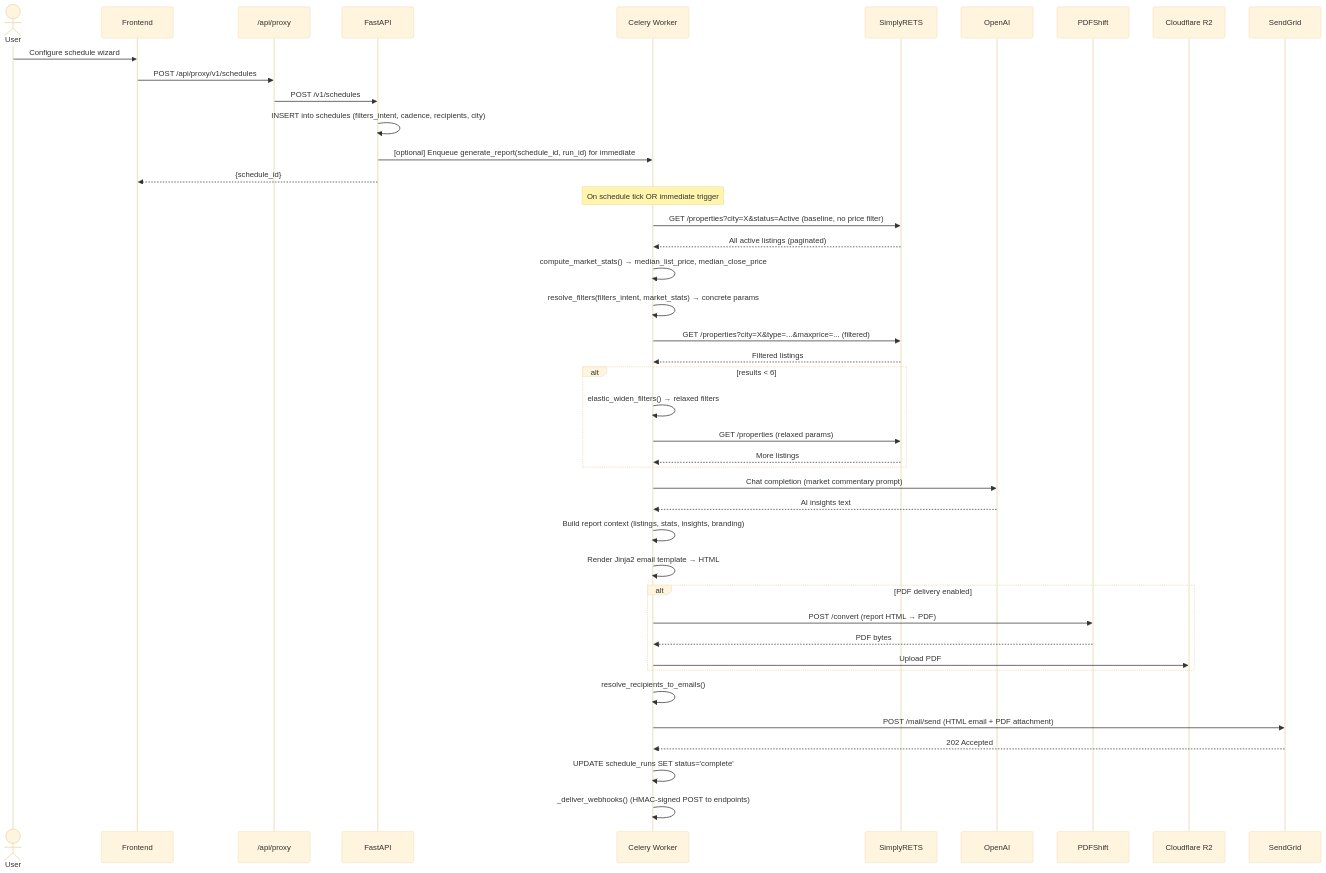
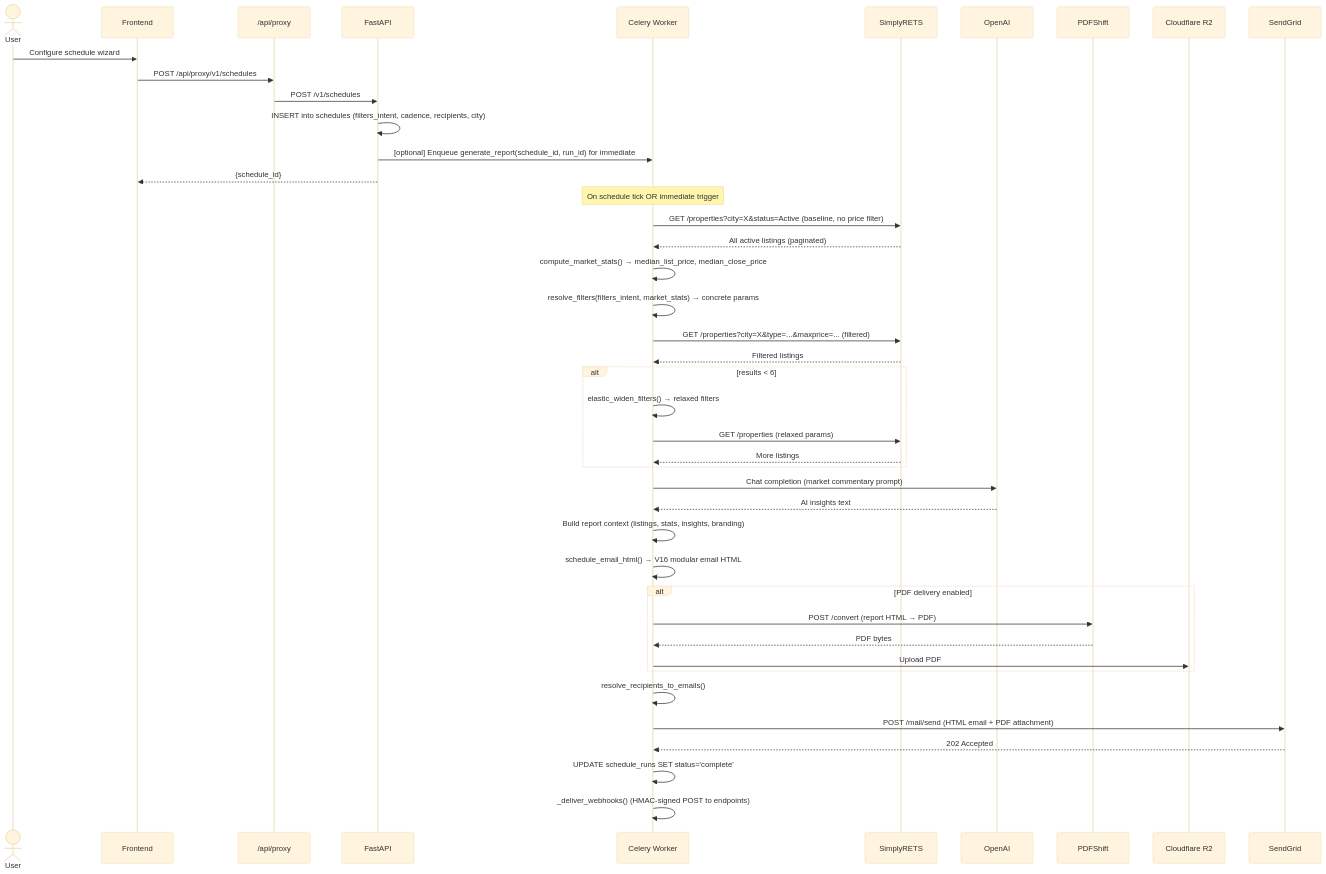
One commit to easydeed/reportscompany changed the second of 2 diagrams in docs/architecture/WIZARD_AND_API_CALLS.md. Above: the diagram before and after it, drawn with Mermaid (base theme). The commit also changed other lines of this file and 70 other files, not shown here.

````diff
--- a/docs/architecture/WIZARD_AND_API_CALLS.md
+++ b/docs/architecture/WIZARD_AND_API_CALLS.md
@@ -100,56 +125,56 @@
 ```mermaid
 sequenceDiagram
     actor User
     participant FE as Frontend
     participant Proxy as /api/proxy
     participant API as FastAPI
     participant Worker as Celery Worker
     participant SRETS as SimplyRETS
     participant OpenAI
     participant PDFShift
     participant R2 as Cloudflare R2
     participant SendGrid
 
     User->>FE: Configure schedule wizard
     FE->>Proxy: POST /api/proxy/v1/schedules
     Proxy->>API: POST /v1/schedules
     API->>API: INSERT into schedules (filters_intent, cadence, recipients, city)
     API->>Worker: [optional] Enqueue generate_report(schedule_id, run_id) for immediate
     API-->>FE: {schedule_id}
 
     Note over Worker: On schedule tick OR immediate trigger
 
     Worker->>SRETS: GET /properties?city=X&status=Active (baseline, no price filter)
     SRETS-->>Worker: All active listings (paginated)
     Worker->>Worker: compute_market_stats() → median_list_price, median_close_price
 
     Worker->>Worker: resolve_filters(filters_intent, market_stats) → concrete params
 
     Worker->>SRETS: GET /properties?city=X&type=...&maxprice=... (filtered)
     SRETS-->>Worker: Filtered listings
 
     alt results < 6
         Worker->>Worker: elastic_widen_filters() → relaxed filters
         Worker->>SRETS: GET /properties (relaxed params)
         SRETS-->>Worker: More listings
     end
 
     Worker->>OpenAI: Chat completion (market commentary prompt)
     OpenAI-->>Worker: AI insights text
 
     Worker->>Worker: Build report context (listings, stats, insights, branding)
-    Worker->>Worker: Render Jinja2 email template → HTML
+    Worker->>Worker: schedule_email_html() → V16 modular email HTML
 
     alt PDF delivery enabled
         Worker->>PDFShift: POST /convert (report HTML → PDF)
         PDFShift-->>Worker: PDF bytes
         Worker->>R2: Upload PDF
     end
 
     Worker->>Worker: resolve_recipients_to_emails()
     Worker->>SendGrid: POST /mail/send (HTML email + PDF attachment)
     SendGrid-->>Worker: 202 Accepted
 
     Worker->>Worker: UPDATE schedule_runs SET status='complete'
     Worker->>Worker: _deliver_webhooks() (HMAC-signed POST to endpoints)
 ```
````
